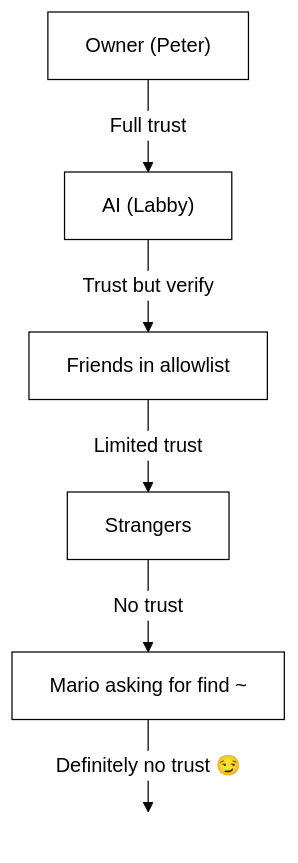
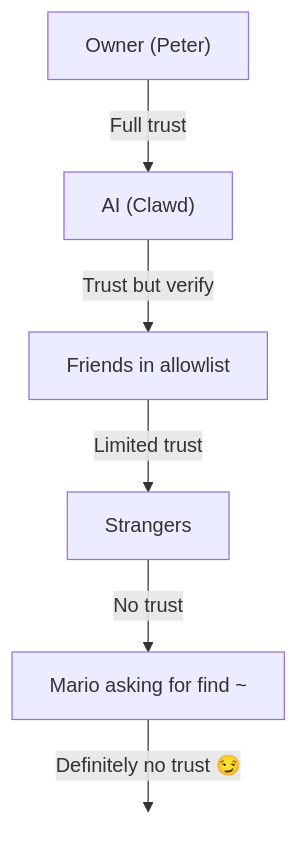
One commit to dvallier-ai/autolab-public changed the diagram in docs/gateway/security/index.md. Above: the diagram before and after it, drawn with Mermaid. The commit also changed other lines of this file and 3318 other files, not shown here.

````diff
--- a/docs/gateway/security/index.md
+++ b/docs/gateway/security/index.md
@@ -800,28 +824,12 @@
 ```mermaid
-%%{init: {
-  'theme': 'base',
-  'themeVariables': {
-    'primaryColor': '#ffffff',
-    'primaryTextColor': '#000000',
-    'primaryBorderColor': '#000000',
-    'lineColor': '#000000',
-    'secondaryColor': '#f9f9fb',
-    'tertiaryColor': '#ffffff',
-    'clusterBkg': '#f9f9fb',
-    'clusterBorder': '#000000',
-    'nodeBorder': '#000000',
-    'mainBkg': '#ffffff',
-    'edgeLabelBackground': '#ffffff'
-  }
-}}%%
 flowchart TB
-    A["Owner (Peter)"] -- Full trust --> B["AI (Labby)"]
+    A["Owner (Peter)"] -- Full trust --> B["AI (Clawd)"]
     B -- Trust but verify --> C["Friends in allowlist"]
     C -- Limited trust --> D["Strangers"]
     D -- No trust --> E["Mario asking for find ~"]
     E -- Definitely no trust 😏 --> F[" "]
 
      %% The transparent box is needed to show the bottom-most label correctly
      F:::Class_transparent_box
     classDef Class_transparent_box fill:transparent, stroke:transparent
 ```
````
